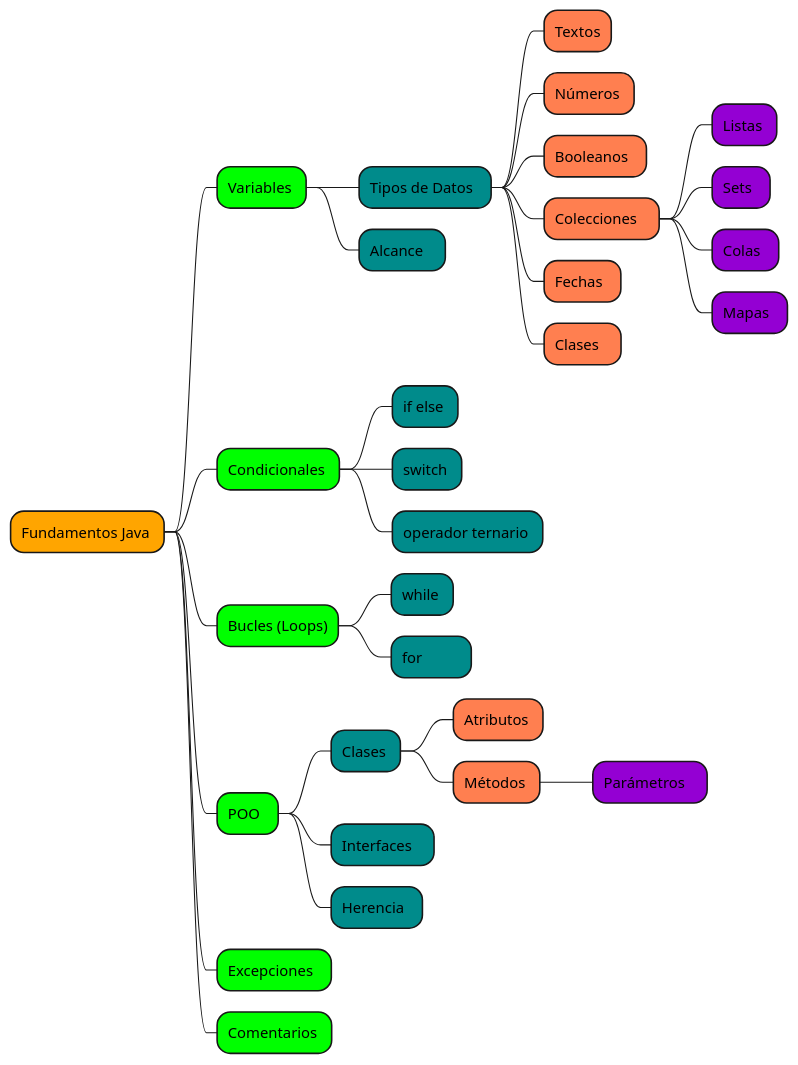
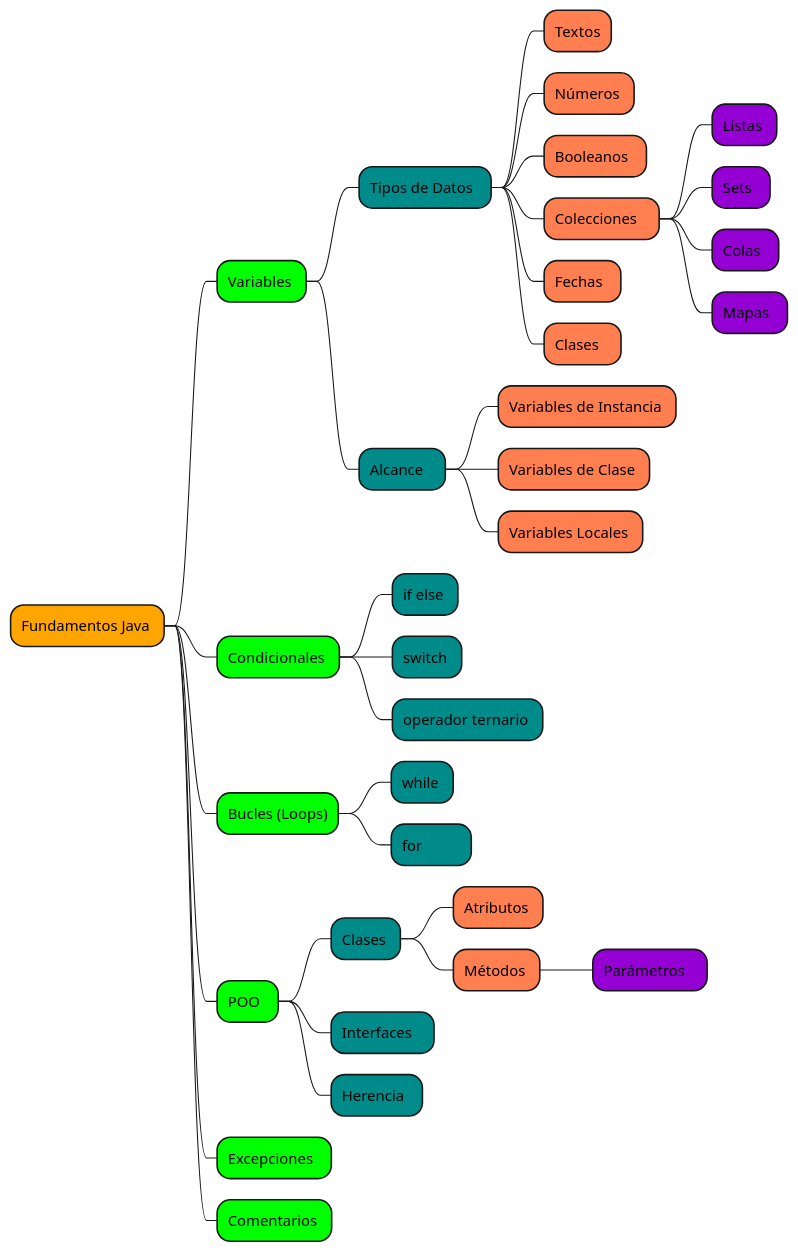
Before and after one commit to stgoneira/fundamentos-programacion-java: the diagram in imagenes/fundamentos.puml, drawn with PlantUML. The commit also changed 1 other file, not shown here.

```diff
--- a/imagenes/fundamentos.puml
+++ b/imagenes/fundamentos.puml
@@ -1,32 +1,35 @@
 @startmindmap 
 *[#Orange] Fundamentos Java 
 **[#Lime] Variables 
 ***[#DarkCyan] Tipos de Datos  
 ****[#Coral] Textos
 ****[#Coral] Números 
 ****[#Coral] Booleanos  
 ****[#Coral] Colecciones   
 *****[#DarkViolet] Listas 
 *****[#DarkViolet] Sets  
 *****[#DarkViolet] Colas  
 *****[#DarkViolet] Mapas  
 ****[#Coral] Fechas  
 ****[#Coral] Clases   
 ***[#DarkCyan] Alcance   
+****[#Coral] Variables de Instancia 
+****[#Coral] Variables de Clase 
+****[#Coral] Variables Locales 
 **[#Lime] Condicionales 
 ***[#DarkCyan] if else 
 ***[#DarkCyan] switch 
 ***[#DarkCyan] operador ternario 
 **[#Lime] Bucles (Loops)
 ***[#DarkCyan] while 
 ***[#DarkCyan] for          
 **[#Lime] POO  
 ***[#DarkCyan] Clases 
 ****[#Coral] Atributos 
 ****[#Coral] Métodos 
 *****[#DarkViolet] Parámetros   
 ***[#DarkCyan] Interfaces   
 ***[#DarkCyan] Herencia  
 **[#Lime] Excepciones  
 **[#Lime] Comentarios 
 @endmindmap 
```
